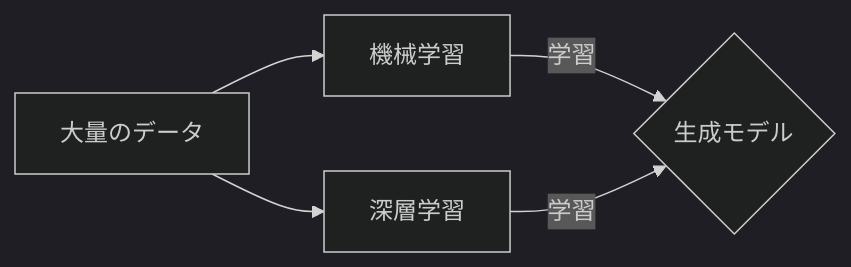
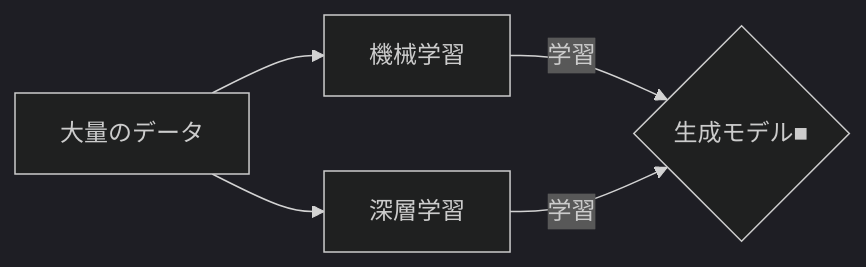
The second of 14 diagrams in README.md (SparklingDetergent/doc_genai_Using_Generative_AI_with_Mac_Mini_-Introduction-), drawn with Mermaid (dark theme) before and after one commit. The commit also changed other lines of this file, not shown here.

````diff
--- a/README.md
+++ b/README.md
@@ -85,5 +85,5 @@
 ```mermaid
 graph LR
-    A[大量のデータ] --> B[機械学習] --> |学習| C{生成モデル};
+    A[大量のデータ] --> B[機械学習] --> |学習| C{生成モデル■};
     A --> D[深層学習] --> |学習| C;
 ```
````
